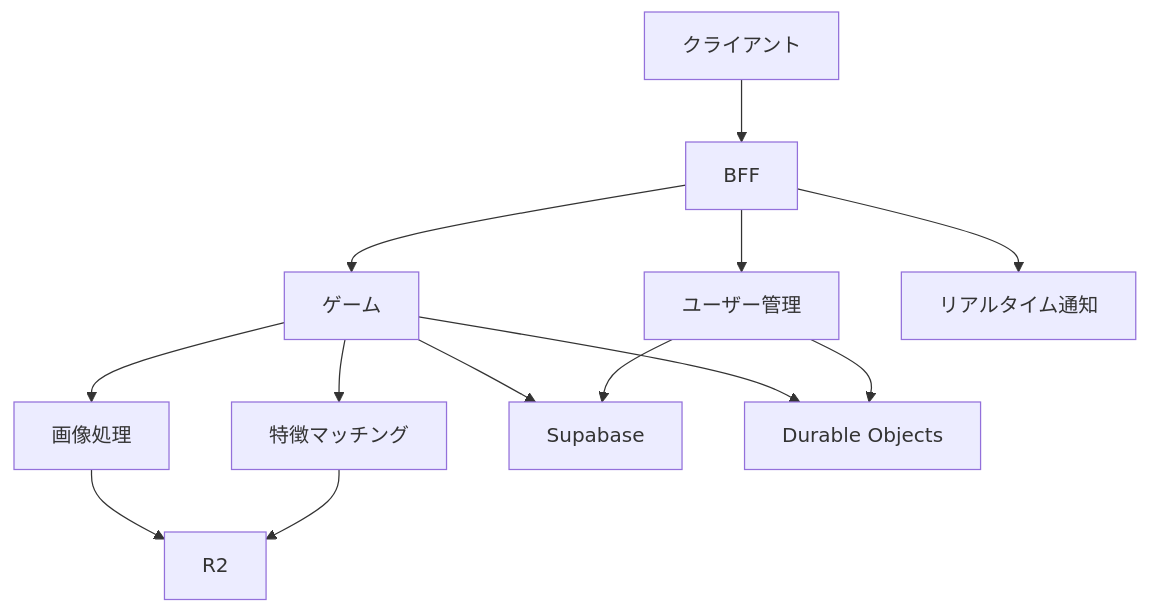
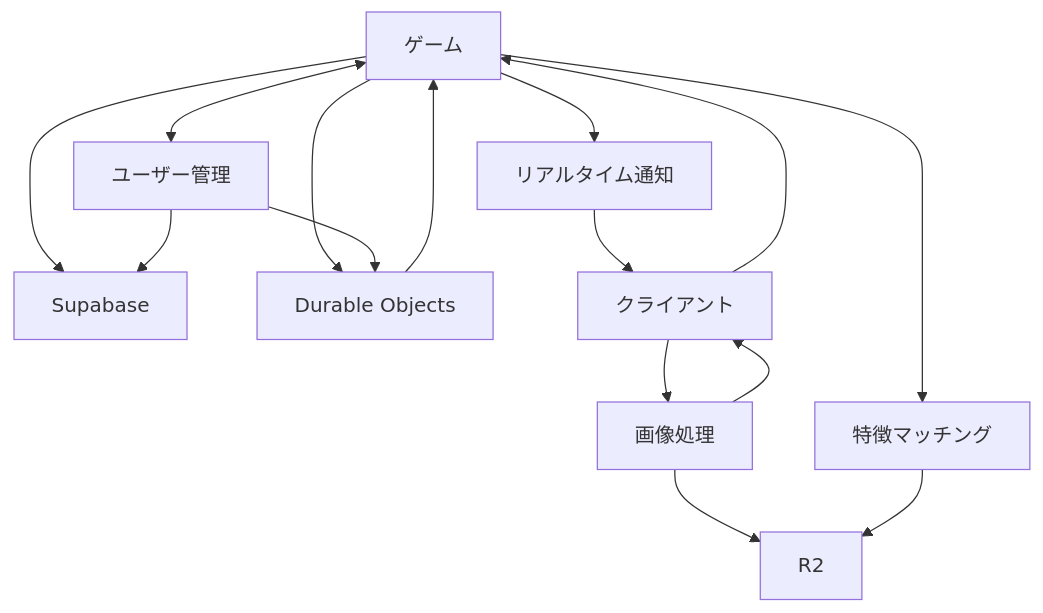
One commit to yashikota/scene-hunter changed the diagram in docs/architecture.md. Above: the diagram before and after it, drawn with Mermaid.

````diff
--- a/docs/architecture.md
+++ b/docs/architecture.md
@@ -24,26 +24,27 @@
 ```mermaid
 graph TD
-    BFF[BFF]
     Game[ゲーム]
     User[ユーザー管理]
     Notify[リアルタイム通知]
     Image[画像処理]
     Match[特徴マッチング]
     DB[Supabase]
     Durable[Durable Objects]
     Storage[R2]
     
-    Client[クライアント] --> BFF
-    BFF --> Game
-    BFF --> User
-    BFF --> Notify
+    Client[クライアント] --> Game
+    Game <--> User
+    Game --> Notify
+    Notify --> Client
     
-    Game --> Image
+    Client --> Image
+    Image --> Client
     Game --> Match
     Game --> DB
     Game --> Durable
     User --> DB
     User --> Durable
+    Durable --> Game
     Image --> Storage
     Match --> Storage
 ```
````
